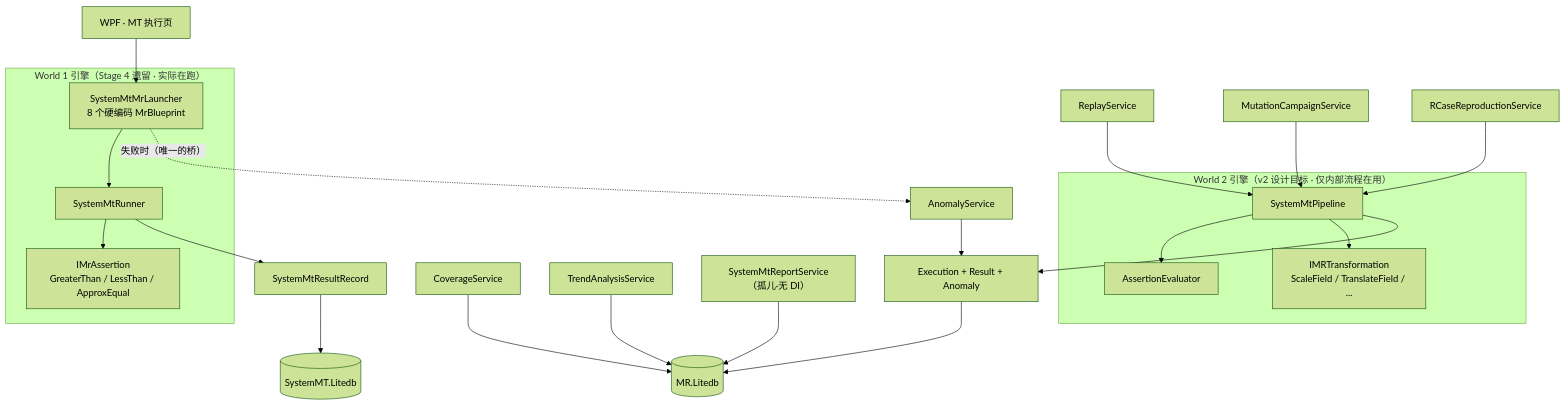
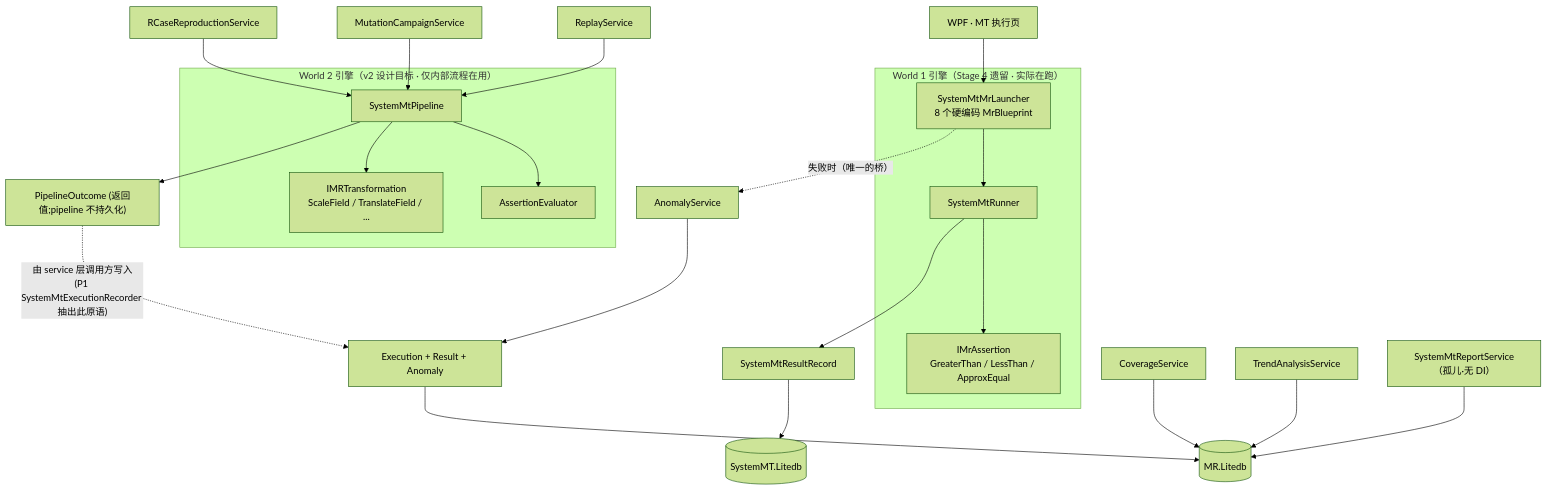
The first of 5 diagrams in docs/superpowers/plans/2026-05-22-systemmt-engine-unification-plan.md (meng004/MetBench-V2.1.4_2), drawn with Mermaid (forest theme) before and after one commit. The commit also changed other lines of this file and 11 other files, not shown here.

First line of the commit message:
feat(SystemMT): P2 — 3 ODE SUT pipeline 兼容 parser + contract 测试

````diff
--- a/docs/superpowers/plans/2026-05-22-systemmt-engine-unification-plan.md
+++ b/docs/superpowers/plans/2026-05-22-systemmt-engine-unification-plan.md
@@ -38,32 +38,33 @@
 ```mermaid
 flowchart TB
   MTPage["WPF · MT 执行页"] --> Launcher
   subgraph WORLD1["World 1 引擎（Stage 4 遗留 · 实际在跑）"]
     Launcher["SystemMtMrLauncher<br/>8 个硬编码 MrBlueprint"]
     Runner["SystemMtRunner"]
     Assert1["IMrAssertion<br/>GreaterThan / LessThan / ApproxEqual"]
     Launcher --> Runner --> Assert1
   end
   Runner --> SMRR["SystemMtResultRecord"]
   SMRR --> DB1[("SystemMT.Litedb")]
 
   Replay["ReplayService"] --> Pipeline
   Camp["MutationCampaignService"] --> Pipeline
   RCase["RCaseReproductionService"] --> Pipeline
   subgraph WORLD2["World 2 引擎（v2 设计目标 · 仅内部流程在用）"]
     Pipeline["SystemMtPipeline"]
     Eval["AssertionEvaluator"]
     Trans["IMRTransformation<br/>ScaleField / TranslateField / ..."]
     Pipeline --> Eval
     Pipeline --> Trans
   end
-  Pipeline --> ERA["Execution + Result + Anomaly"]
+  Pipeline --> Outcome["PipelineOutcome (返回值;pipeline 不持久化)"]
+  Outcome -. "由 service 层调用方写入<br/>(P1 SystemMtExecutionRecorder 抽出此原语)" .-> ERA["Execution + Result + Anomaly"]
   ERA --> DB2[("MR.Litedb")]
 
   Cov["CoverageService"] --> DB2
   Trend["TrendAnalysisService"] --> DB2
   Report["SystemMtReportService（孤儿·无 DI）"] --> DB2
 
   Launcher -. "失败时（唯一的桥）" .-> AnomSvc["AnomalyService"]
   AnomSvc --> ERA
 ```
````
